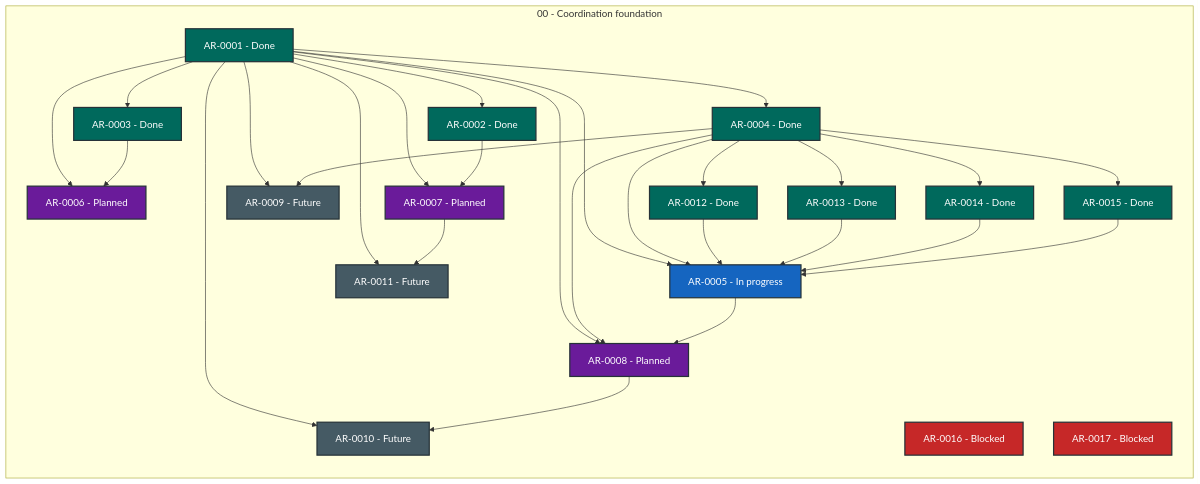
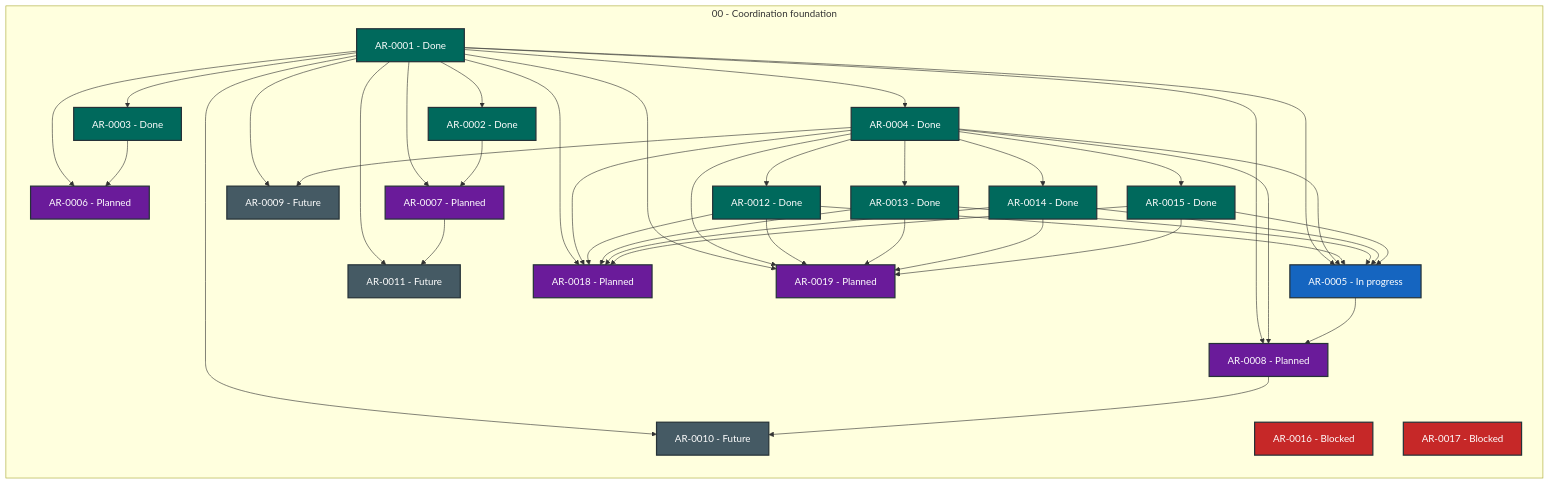
Before and after one commit to martin-beck/agent-workflow-quality-state: the diagram in STATUS.md, drawn with Mermaid. The commit also changed other lines of this file and 1 other file, not shown here.

````diff
--- a/STATUS.md
+++ b/STATUS.md
@@ -27,57 +27,71 @@
 ```mermaid
 flowchart LR
     subgraph series_00["00 - Coordination foundation"]
         direction TB
         AR_0001["AR-0001 - Done"]:::status_done
         AR_0002["AR-0002 - Done"]:::status_done
         AR_0003["AR-0003 - Done"]:::status_done
         AR_0004["AR-0004 - Done"]:::status_done
         AR_0005["AR-0005 - In progress"]:::status_in_progress
         AR_0006["AR-0006 - Planned"]:::status_planned
         AR_0007["AR-0007 - Planned"]:::status_planned
         AR_0008["AR-0008 - Planned"]:::status_planned
         AR_0009["AR-0009 - Future"]:::status_future
         AR_0010["AR-0010 - Future"]:::status_future
         AR_0011["AR-0011 - Future"]:::status_future
         AR_0012["AR-0012 - Done"]:::status_done
         AR_0013["AR-0013 - Done"]:::status_done
         AR_0014["AR-0014 - Done"]:::status_done
         AR_0015["AR-0015 - Done"]:::status_done
         AR_0016["AR-0016 - Blocked"]:::status_blocked
         AR_0017["AR-0017 - Blocked"]:::status_blocked
+        AR_0018["AR-0018 - Planned"]:::status_planned
+        AR_0019["AR-0019 - Planned"]:::status_planned
     end
     AR_0001 --> AR_0002
     AR_0001 --> AR_0003
     AR_0001 --> AR_0004
     AR_0001 --> AR_0005
     AR_0001 --> AR_0006
     AR_0001 --> AR_0007
     AR_0001 --> AR_0008
     AR_0001 --> AR_0009
     AR_0001 --> AR_0010
     AR_0001 --> AR_0011
+    AR_0001 --> AR_0018
+    AR_0001 --> AR_0019
     AR_0002 --> AR_0007
     AR_0003 --> AR_0006
     AR_0004 --> AR_0005
     AR_0004 --> AR_0008
     AR_0004 --> AR_0009
     AR_0004 --> AR_0012
     AR_0004 --> AR_0013
     AR_0004 --> AR_0014
     AR_0004 --> AR_0015
+    AR_0004 --> AR_0018
+    AR_0004 --> AR_0019
     AR_0005 --> AR_0008
     AR_0007 --> AR_0011
     AR_0008 --> AR_0010
     AR_0012 --> AR_0005
+    AR_0012 --> AR_0018
+    AR_0012 --> AR_0019
     AR_0013 --> AR_0005
+    AR_0013 --> AR_0018
+    AR_0013 --> AR_0019
     AR_0014 --> AR_0005
+    AR_0014 --> AR_0018
+    AR_0014 --> AR_0019
     AR_0015 --> AR_0005
+    AR_0015 --> AR_0018
+    AR_0015 --> AR_0019
     classDef status_in_progress fill:#1565c0,color:#ffffff,stroke:#263238,stroke-width:2px
     classDef status_open fill:#2e7d32,color:#ffffff,stroke:#263238,stroke-width:2px
     classDef status_blocked fill:#c62828,color:#ffffff,stroke:#263238,stroke-width:2px
     classDef status_planned fill:#6a1b9a,color:#ffffff,stroke:#263238,stroke-width:2px
     classDef status_future fill:#455a64,color:#ffffff,stroke:#263238,stroke-width:2px
     classDef status_done fill:#00695c,color:#ffffff,stroke:#263238,stroke-width:2px
     classDef status_cancelled fill:#616161,color:#ffffff,stroke:#263238,stroke-width:2px
     classDef status_superseded fill:#5d4037,color:#ffffff,stroke:#263238,stroke-width:2px
 ```
````
